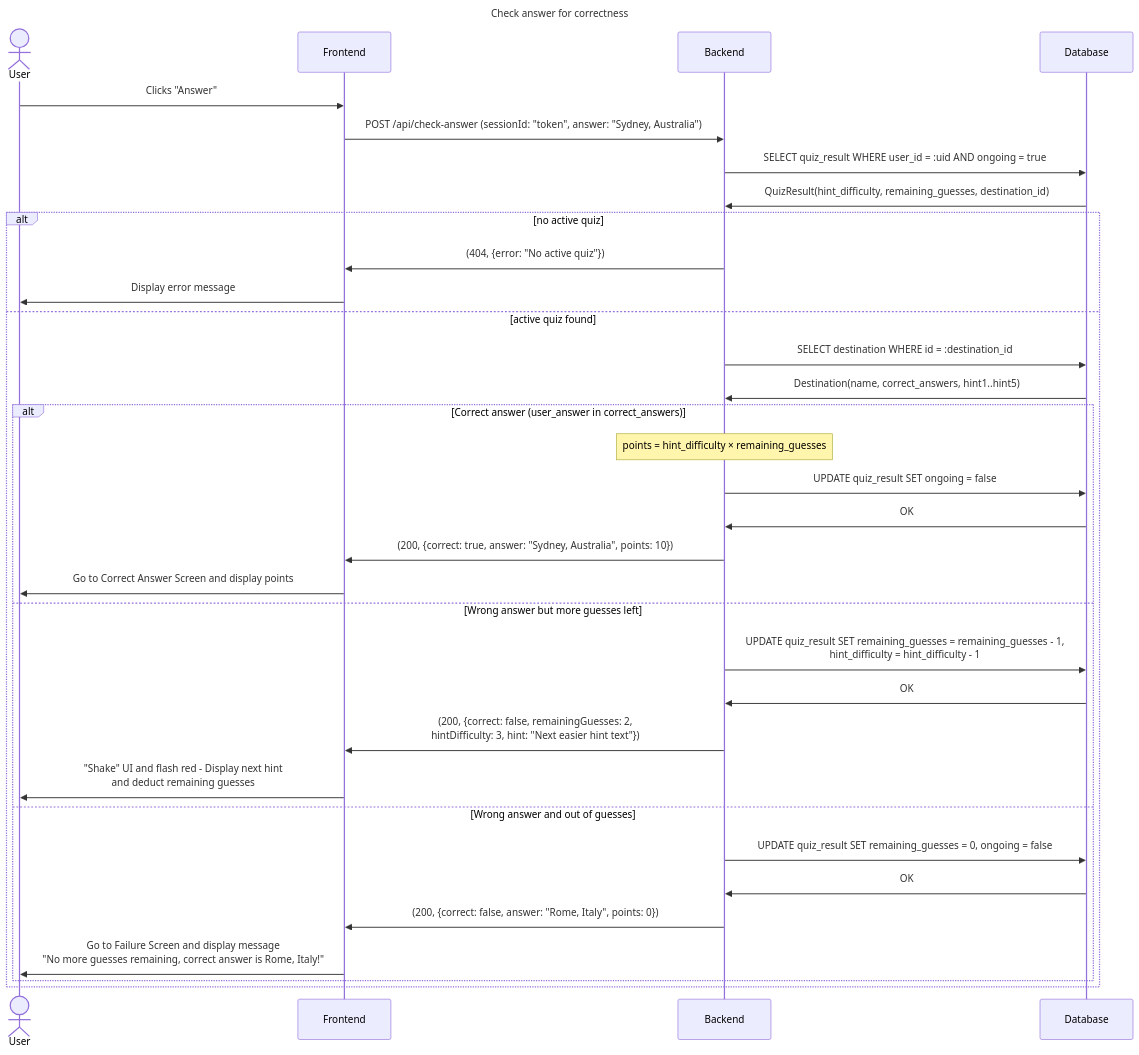
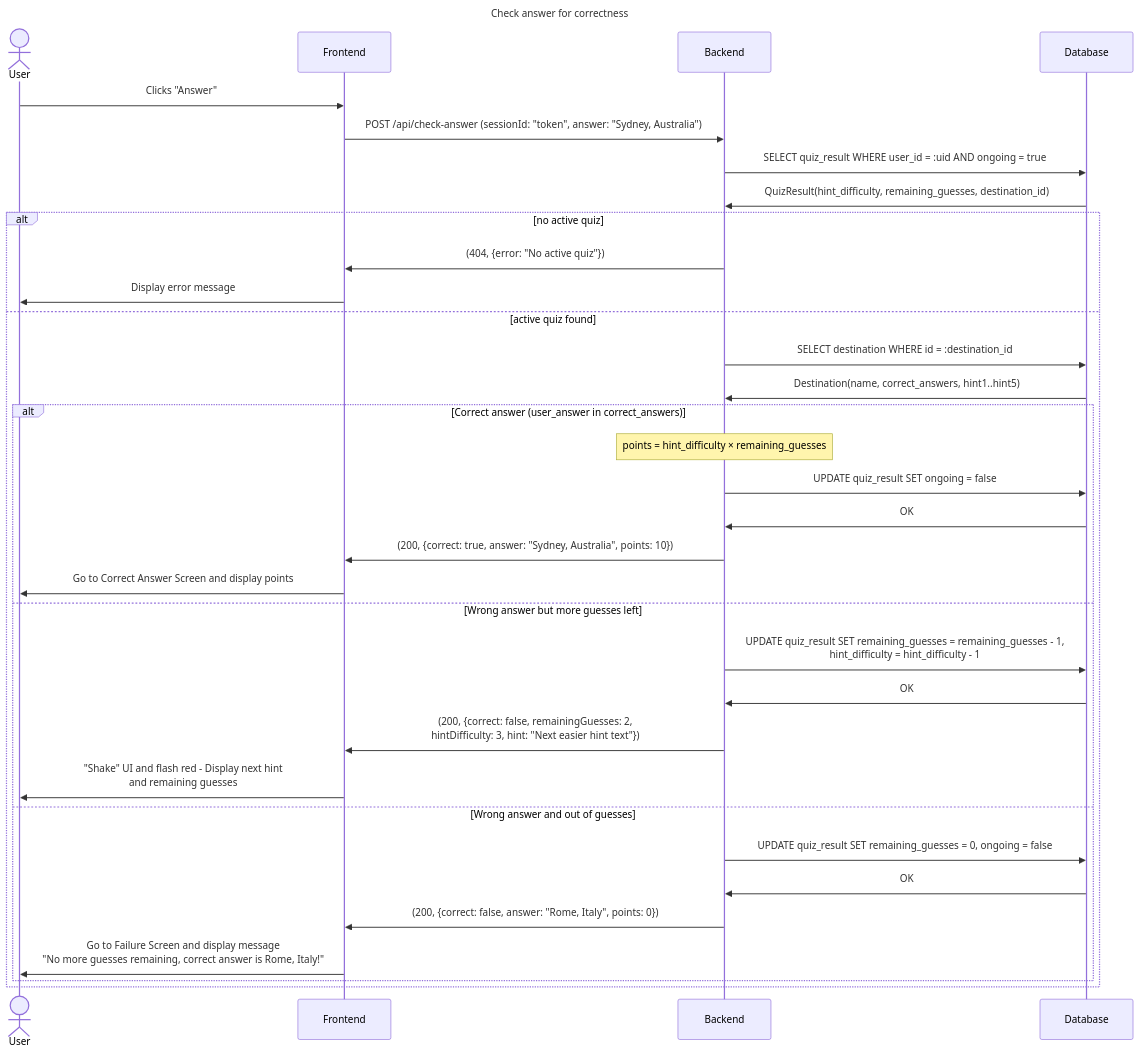
One commit to fylke/travel-quizzer changed the diagram in docs/check_answer.md. Above: the diagram before and after it, drawn with Mermaid. The commit also changed 1 other file, not shown here.

Commit message:
Minor updates to design docs

````diff
--- a/docs/check_answer.md
+++ b/docs/check_answer.md
@@ -1,41 +1,41 @@
 ```mermaid
 sequenceDiagram
     title Check answer for correctness
 
     actor User
     participant Frontend
     participant Backend
     participant Database
 
     User->>Frontend: Clicks "Answer"
     Frontend->>Backend: POST /api/check-answer (sessionId: "token", answer: "Sydney, Australia")
 
     Backend->>Database: SELECT quiz_result WHERE user_id = :uid AND ongoing = true
     Database->>Backend: QuizResult(hint_difficulty, remaining_guesses, destination_id)
 
     alt no active quiz
         Backend->>Frontend: (404, {error: "No active quiz"})
         Frontend->>User: Display error message
     else active quiz found
         Backend->>Database: SELECT destination WHERE id = :destination_id
         Database->>Backend: Destination(name, correct_answers, hint1..hint5)
 
         alt Correct answer (user_answer in correct_answers)
             Note over Backend: points = hint_difficulty × remaining_guesses
             Backend->>Database: UPDATE quiz_result SET ongoing = false
             Database->>Backend: OK
             Backend->>Frontend: (200, {correct: true, answer: "Sydney, Australia", points: 10})
             Frontend->>User: Go to Correct Answer Screen and display points
         else Wrong answer but more guesses left
             Backend->>Database: UPDATE quiz_result SET remaining_guesses = remaining_guesses - 1,<br/>hint_difficulty = hint_difficulty - 1
             Database->>Backend: OK
             Backend->>Frontend: (200, {correct: false, remainingGuesses: 2,<br/>hintDifficulty: 3, hint: "Next easier hint text"})
-            Frontend->>User: "Shake" UI and flash red - Display next hint<br/>and deduct remaining guesses
+            Frontend->>User: "Shake" UI and flash red - Display next hint<br/>and remaining guesses
         else Wrong answer and out of guesses
             Backend->>Database: UPDATE quiz_result SET remaining_guesses = 0, ongoing = false
             Database->>Backend: OK
             Backend->>Frontend: (200, {correct: false, answer: "Rome, Italy", points: 0})
             Frontend->>User: Go to Failure Screen and display message<br/>"No more guesses remaining, correct answer is Rome, Italy!"
         end
     end
 ```
````
